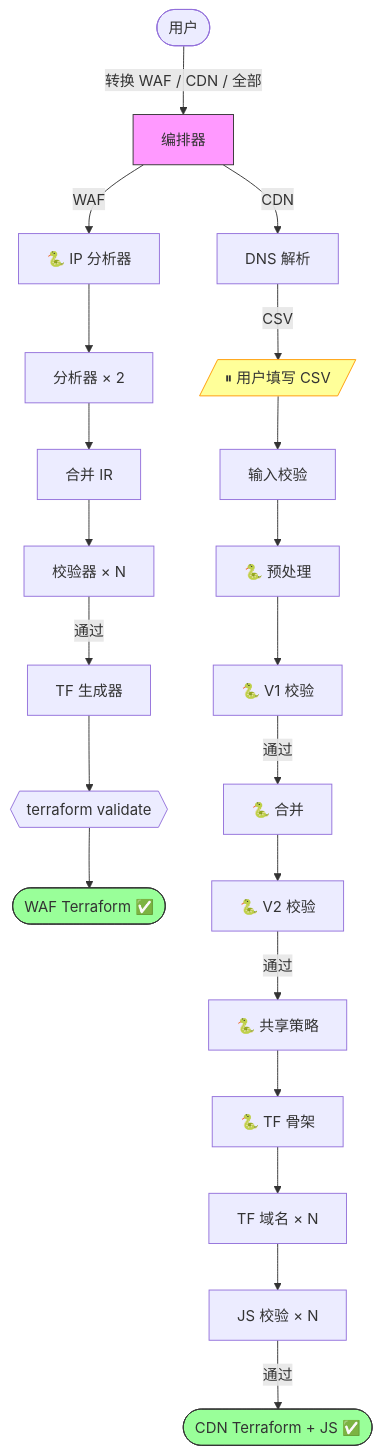
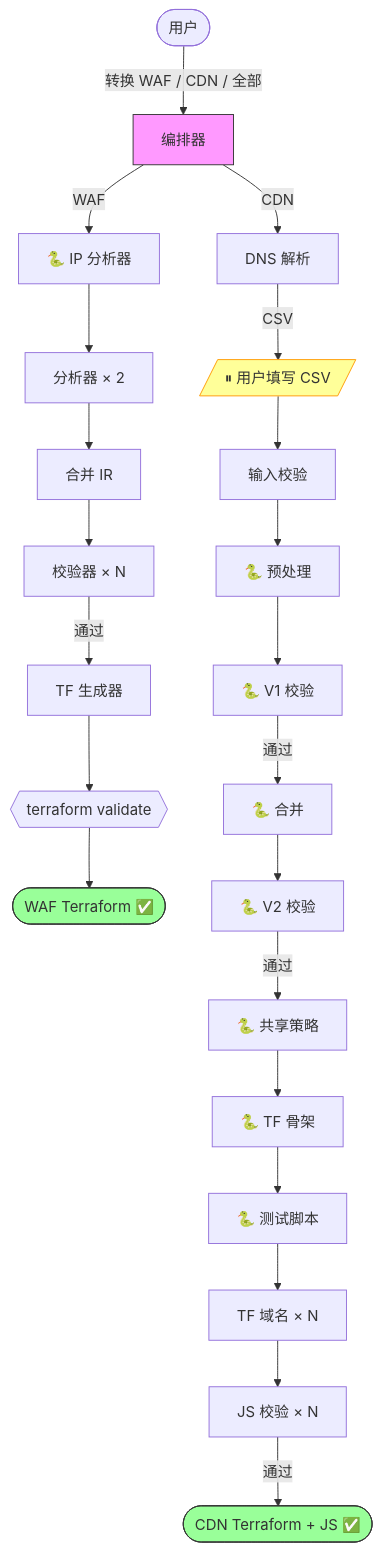
The diagram in README_CN.md (chenghit/cloudflare-aws-edge-config-converter), drawn with Mermaid before and after one commit. The commit also changed other lines of this file and 3 other files, not shown here.

````diff
--- a/README_CN.md
+++ b/README_CN.md
@@ -78,23 +78,24 @@
 ```mermaid
 flowchart TD
     User([用户]) -->|"转换 WAF / CDN / 全部"| Main["编排器"]
 
     Main -->|WAF| WAF_IP["🐍 IP 分析器"] --> WAF_A["分析器 × 2"] --> WAF_M["合并 IR"] --> WAF_V["校验器 × N"] -->|通过| WAF_G["TF 生成器"] --> WAF_T{{"terraform validate"}} --> WAF_Done([WAF Terraform ✅])
 
     Main -->|CDN| CDN1["DNS 解析"] -->|CSV| Pause[/"⏸ 用户填写 CSV"/]
     Pause --> CDN2["输入校验"]
     CDN2 --> CDN3["🐍 预处理"]
     CDN3 --> CDN4["🐍 V1 校验"]
     CDN4 -->|通过| CDN5["🐍 合并"]
     CDN5 --> CDN6["🐍 V2 校验"]
     CDN6 -->|通过| CDN7["🐍 共享策略"]
     CDN7 --> CDN75["🐍 TF 骨架"]
-    CDN75 --> CDN8["TF 域名 × N"]
+    CDN75 --> CDN76["🐍 测试脚本"]
+    CDN76 --> CDN8["TF 域名 × N"]
     CDN8 --> CDN9["JS 校验 × N"]
     CDN9 -->|通过| CDN_Done([CDN Terraform + JS ✅])
 
     style Main fill:#f9f,stroke:#333
     style Pause fill:#ff9,stroke:#f90
     style WAF_Done fill:#9f9,stroke:#333
     style CDN_Done fill:#9f9,stroke:#333
 ```
````
